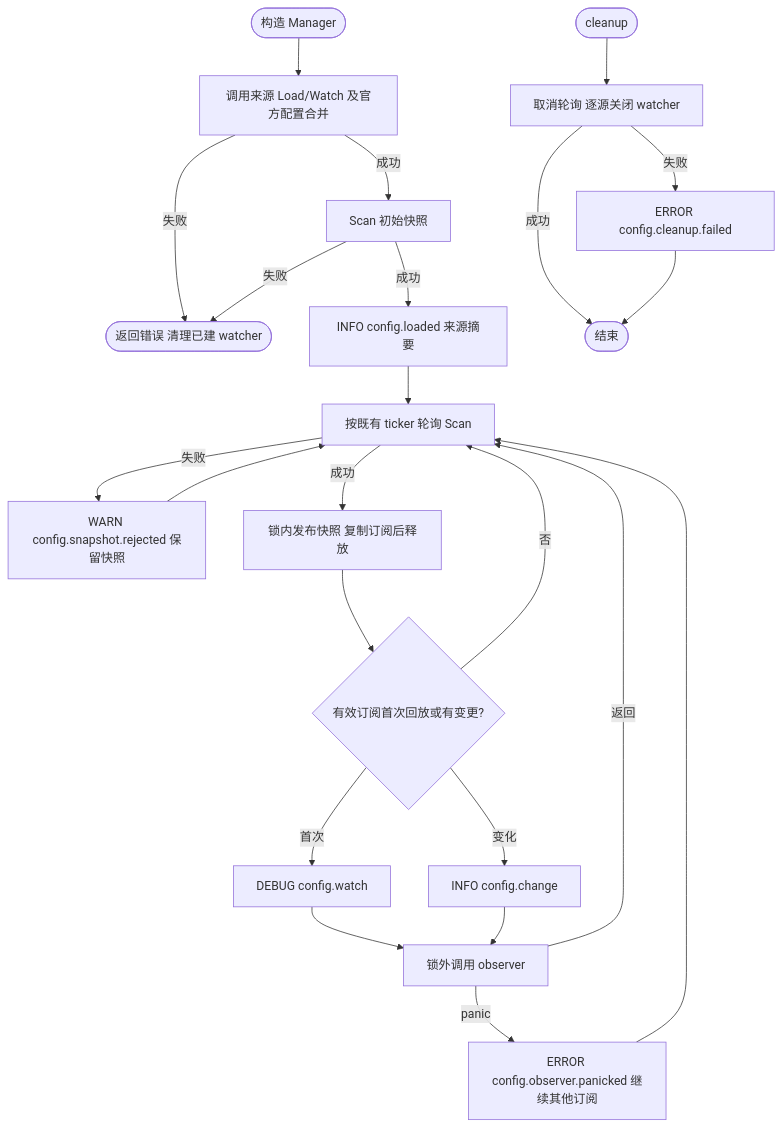
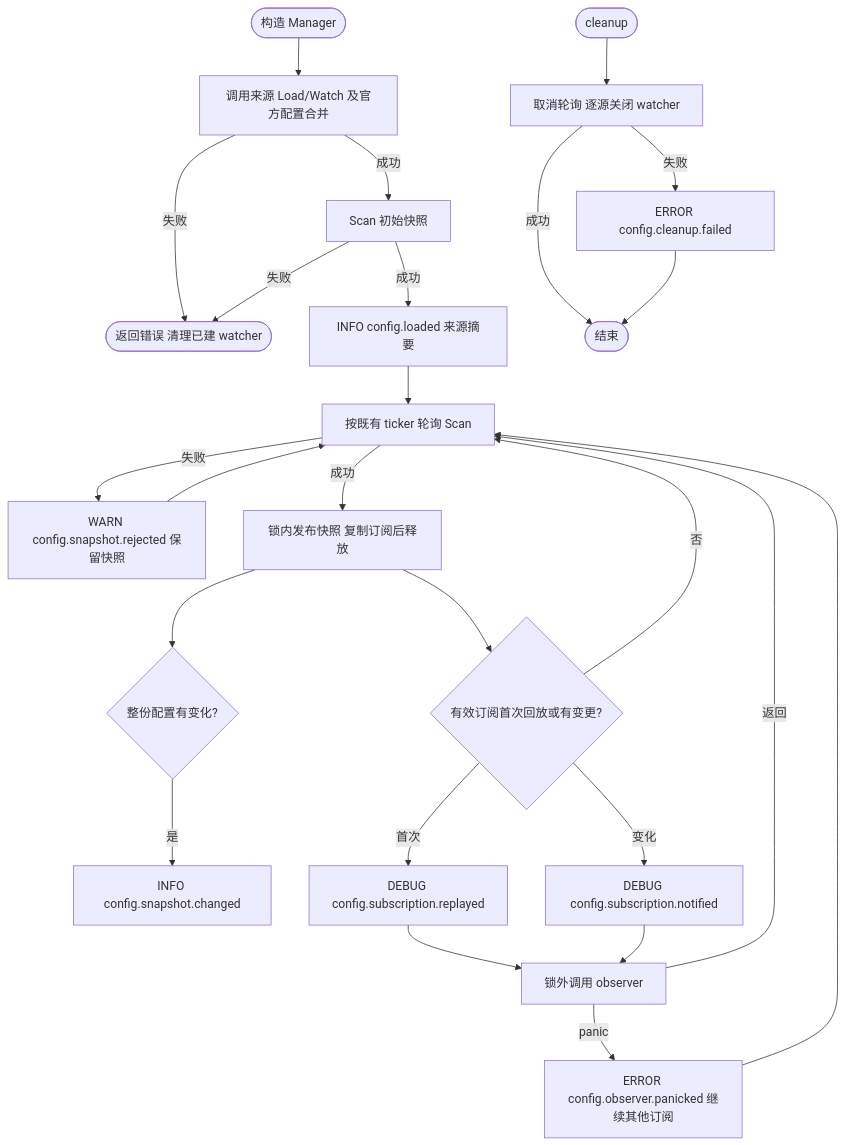
Before and after one commit to jaggerzhuang1994/kratos-foundation: the fourth of 4 diagrams in pkg/config/README.md, drawn with Mermaid. The commit also changed other lines of this file and 11 other files, not shown here.

````diff
--- a/pkg/config/README.md
+++ b/pkg/config/README.md
@@ -220,24 +214,26 @@
 ```mermaid
 flowchart TD
  A([构造 Manager]) --> B[调用来源 Load/Watch 及官方配置合并]
  B -- 失败 --> E([返回错误 清理已建 watcher])
  B -- 成功 --> S[Scan 初始快照]
  S -- 失败 --> E
  S -- 成功 --> L[INFO config.loaded 来源摘要]
  L --> P[按既有 ticker 轮询 Scan]
  P -- 失败 --> W[WARN config.snapshot.rejected 保留快照]
  W --> P
  P -- 成功 --> C[锁内发布快照 复制订阅后释放]
  C --> D{有效订阅首次回放或有变更?}
  D -- 否 --> P
- D -- 首次 --> DL[DEBUG config.watch]
- D -- 变化 --> IL[INFO config.change]
+ C --> CH{整份配置有变化?}
+ CH -- 是 --> CL[INFO config.snapshot.changed]
+ D -- 首次 --> DL[DEBUG config.subscription.replayed]
+ D -- 变化 --> IL[DEBUG config.subscription.notified]
  DL & IL --> N[锁外调用 observer]
  N -- panic --> PL[ERROR config.observer.panicked 继续其他订阅]
  N -- 返回 --> P
  PL --> P
  X([cleanup]) --> Q[取消轮询 逐源关闭 watcher]
  Q -- 失败 --> ER[ERROR config.cleanup.failed]
  Q -- 成功 --> Z([结束])
  ER --> Z
 ```
````
